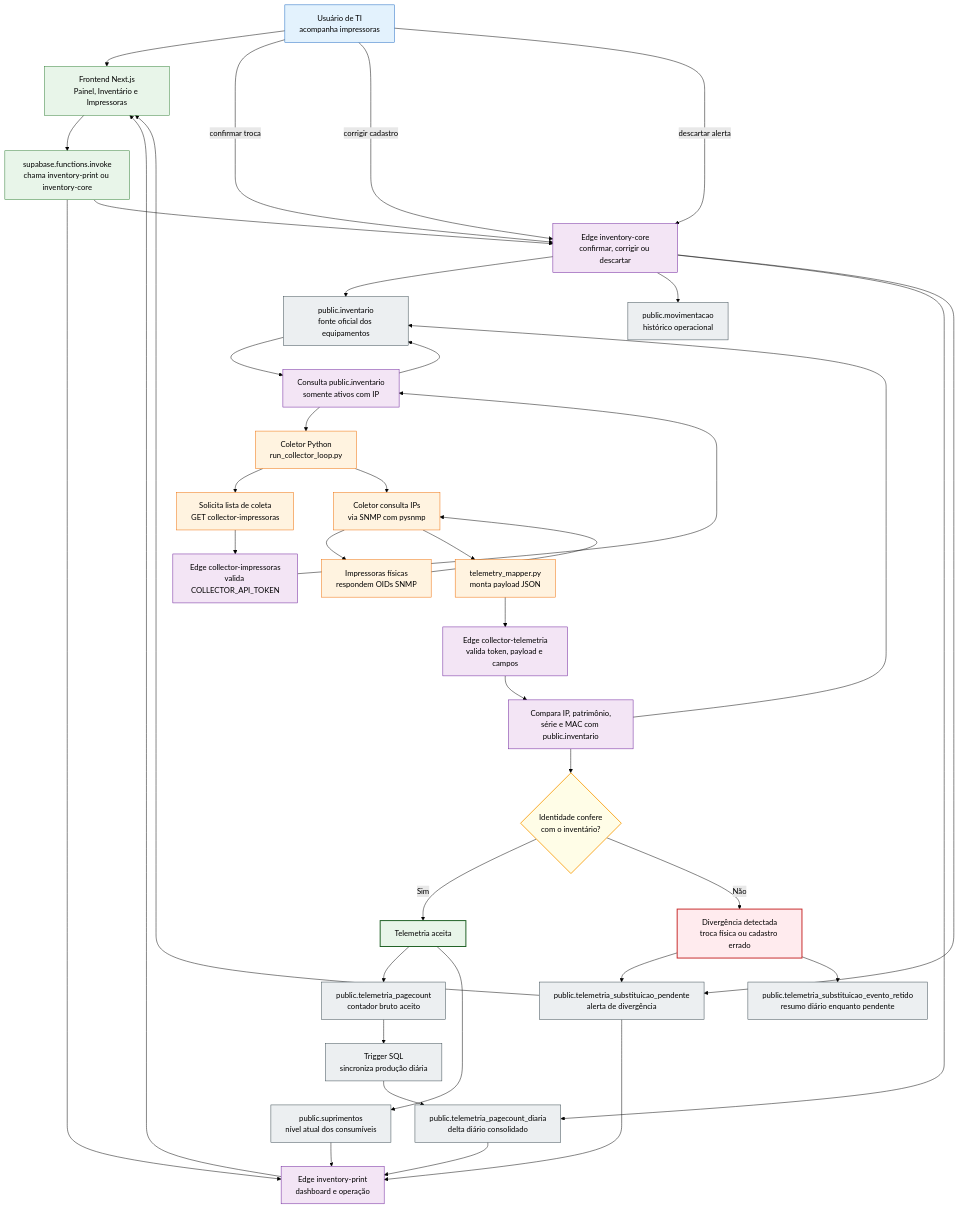
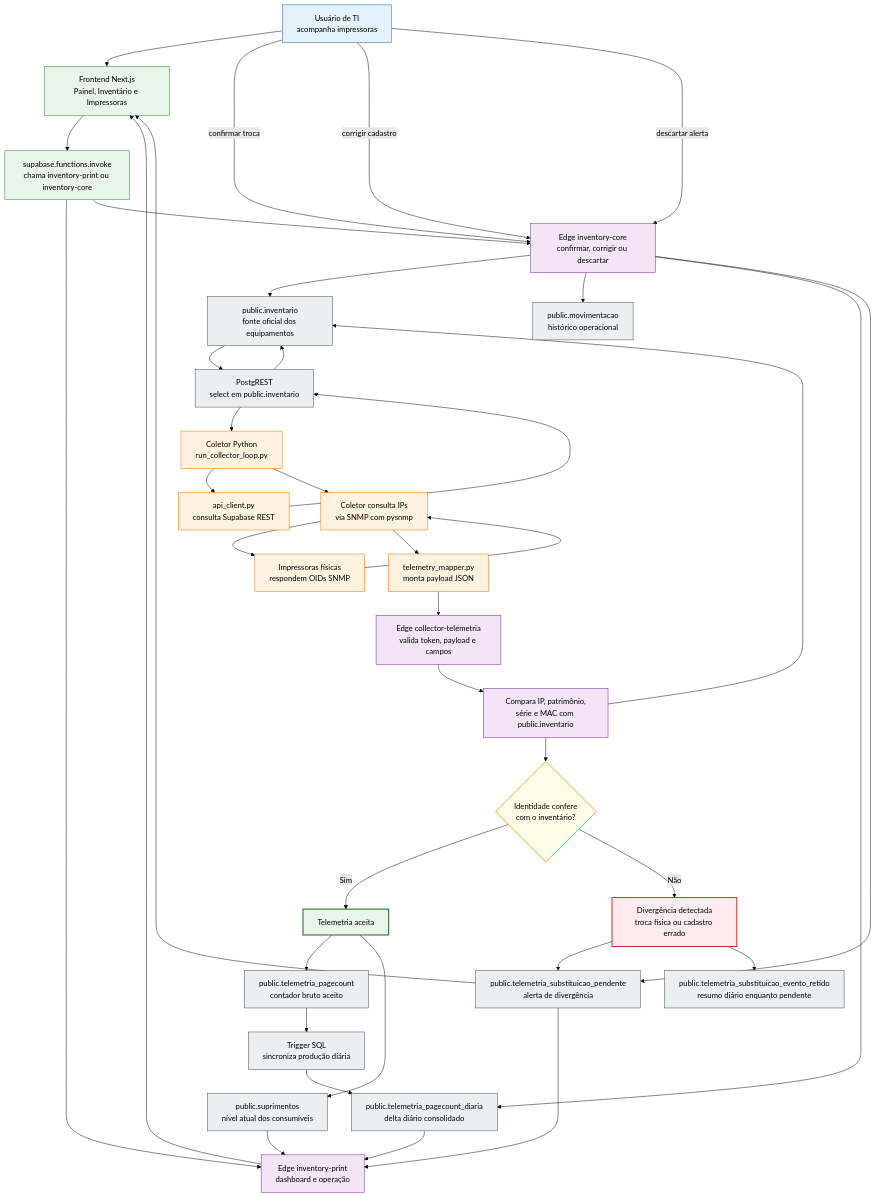
Before and after one commit to Naian1/INVENT_COLECTOR: the second of 3 diagrams in README.md, drawn with Mermaid (forest theme). The commit also changed other lines of this file, not shown here.

````diff
--- a/README.md
+++ b/README.md
@@ -187,70 +249,69 @@
 ```mermaid
 flowchart TD
   classDef user fill:#E3F2FD,stroke:#1565C0,stroke-width:1px,color:#000;
   classDef frontend fill:#E8F5E9,stroke:#2E7D32,stroke-width:1px,color:#000;
   classDef collector fill:#FFF3E0,stroke:#EF6C00,stroke-width:1px,color:#000;
   classDef edge fill:#F3E5F5,stroke:#6A1B9A,stroke-width:1px,color:#000;
   classDef db fill:#ECEFF1,stroke:#37474F,stroke-width:1px,color:#000;
   classDef decision fill:#FFFDE7,stroke:#F9A825,stroke-width:2px,color:#000;
   classDef danger fill:#FFEBEE,stroke:#C62828,stroke-width:2px,color:#000;
   classDef ok fill:#E8F5E9,stroke:#1B5E20,stroke-width:2px,color:#000;
 
   USER_TI["Usuário de TI<br/>acompanha impressoras"]:::user
   WEB_PRINT["Frontend Next.js<br/>Painel, Inventário e Impressoras"]:::frontend
   WEB_CALL["supabase.functions.invoke<br/>chama inventory-print ou inventory-core"]:::frontend
 
   COL_LOOP["Coletor Python<br/>run_collector_loop.py"]:::collector
-  COL_LIST_REQ["Solicita lista de coleta<br/>GET collector-impressoras"]:::collector
-  COL_LIST_EDGE["Edge collector-impressoras<br/>valida COLLECTOR_API_TOKEN"]:::edge
-  COL_LIST_QUERY["Consulta public.inventario<br/>somente ativos com IP"]:::edge
+  COL_LIST_REQ["api_client.py<br/>consulta Supabase REST"]:::collector
+  COL_LIST_QUERY["PostgREST<br/>select em public.inventario"]:::db
   DB_INV["public.inventario<br/>fonte oficial dos equipamentos"]:::db
 
   COL_SNMP["Coletor consulta IPs<br/>via SNMP com pysnmp"]:::collector
   PRINTER["Impressoras físicas<br/>respondem OIDs SNMP"]:::collector
   COL_PAYLOAD["telemetry_mapper.py<br/>monta payload JSON"]:::collector
   TEL_EDGE["Edge collector-telemetria<br/>valida token, payload e campos"]:::edge
   TEL_COMPARE["Compara IP, patrimônio,<br/>série e MAC com public.inventario"]:::edge
   ID_OK{"Identidade confere<br/>com o inventário?"}:::decision
 
   DB_PAGE["public.telemetria_pagecount<br/>contador bruto aceito"]:::db
   TRG_DIA["Trigger SQL<br/>sincroniza produção diária"]:::db
   DB_DIA["public.telemetria_pagecount_diaria<br/>delta diário consolidado"]:::db
   DB_SUP["public.suprimentos<br/>nível atual dos consumíveis"]:::db
 
   DB_PEND["public.telemetria_substituicao_pendente<br/>alerta de divergência"]:::db
   DB_RET["public.telemetria_substituicao_evento_retido<br/>resumo diário enquanto pendente"]:::db
   CORE["Edge inventory-core<br/>confirmar, corrigir ou descartar"]:::edge
   DB_MOV["public.movimentacao<br/>histórico operacional"]:::db
   PRINT_EDGE["Edge inventory-print<br/>dashboard e operação"]:::edge
 
   USER_TI --> WEB_PRINT --> WEB_CALL
   WEB_CALL --> PRINT_EDGE
   WEB_CALL --> CORE
 
-  COL_LOOP --> COL_LIST_REQ --> COL_LIST_EDGE --> COL_LIST_QUERY --> DB_INV
+  COL_LOOP --> COL_LIST_REQ --> COL_LIST_QUERY --> DB_INV
   DB_INV --> COL_LIST_QUERY --> COL_LOOP
   COL_LOOP --> COL_SNMP --> PRINTER --> COL_SNMP
   COL_SNMP --> COL_PAYLOAD --> TEL_EDGE --> TEL_COMPARE --> DB_INV
   TEL_COMPARE --> ID_OK
 
   ID_OK -- "Sim" --> OK["Telemetria aceita"]:::ok
   OK --> DB_PAGE --> TRG_DIA --> DB_DIA
   OK --> DB_SUP
 
   ID_OK -- "Não" --> WARN["Divergência detectada<br/>troca física ou cadastro errado"]:::danger
   WARN --> DB_PEND
   WARN --> DB_RET
   DB_PEND --> WEB_PRINT
 
   USER_TI -- "confirmar troca" --> CORE
   USER_TI -- "corrigir cadastro" --> CORE
   USER_TI -- "descartar alerta" --> CORE
   CORE --> DB_INV
   CORE --> DB_MOV
   CORE --> DB_DIA
   CORE --> DB_PEND
 
   DB_DIA --> PRINT_EDGE --> WEB_PRINT
   DB_SUP --> PRINT_EDGE
   DB_PEND --> PRINT_EDGE
 ```
````
